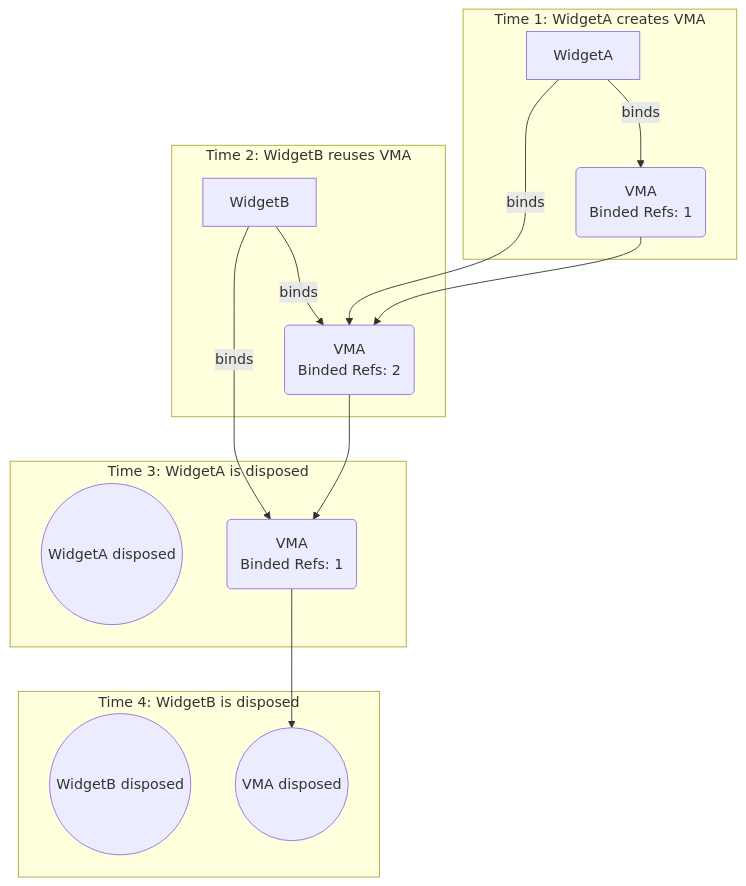
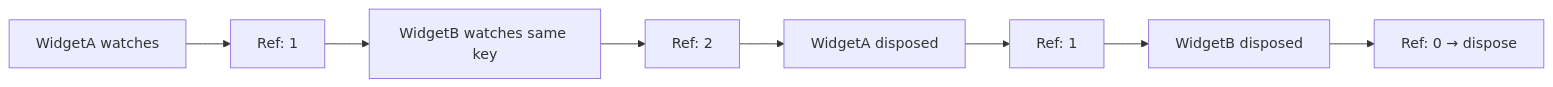
The first of 2 diagrams in packages/view_model/README.md (lwj1994/flutter_view_model), drawn with Mermaid before and after one commit. The commit also changed other lines of this file and 2 other files, not shown here.

````diff
--- a/packages/view_model/README.md
+++ b/packages/view_model/README.md
@@ -589,23 +384,10 @@
 ```mermaid
-graph TD
-    subgraph "Time 1: WidgetA creates VMA"
-        A[WidgetA] -- binds --> VMA1(VMA<br/>Binded Refs: 1)
-    end
-
-    subgraph "Time 2: WidgetB reuses VMA"
-        A -- binds --> VMA2(VMA<br/>Binded Refs: 2)
-        B[WidgetB] -- binds --> VMA2
-    end
-
-    subgraph "Time 3: WidgetA is disposed"
-        A_gone((WidgetA disposed))
-        B -- binds --> VMA3(VMA<br/>Binded Refs: 1)
-    end
-
-    subgraph "Time 4: WidgetB is disposed"
-        B_gone((WidgetB disposed))
-        VMA_gone((VMA disposed))
-    end
-
-    VMA1 --> VMA2 --> VMA3 --> VMA_gone
+graph LR
+    A[WidgetA watches] --> B[Ref: 1]
+    B --> C[WidgetB watches same key]
+    C --> D[Ref: 2]
+    D --> E[WidgetA disposed]
+    E --> F[Ref: 1]
+    F --> G[WidgetB disposed]
+    G --> H[Ref: 0 → dispose]
 ```
````
